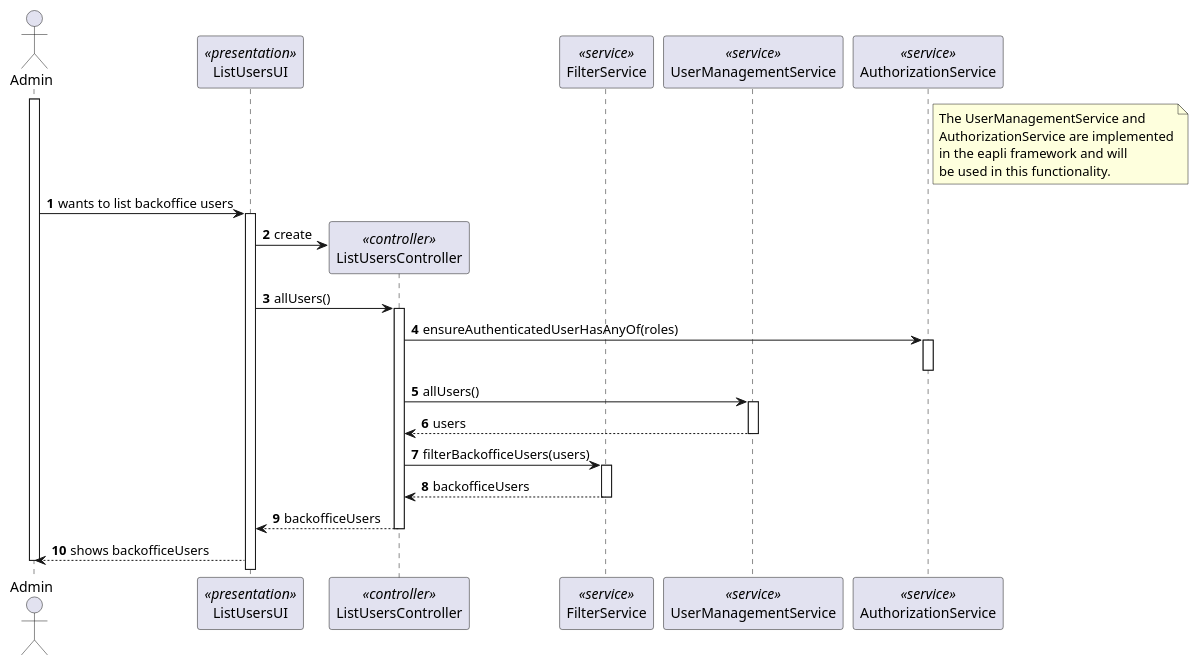
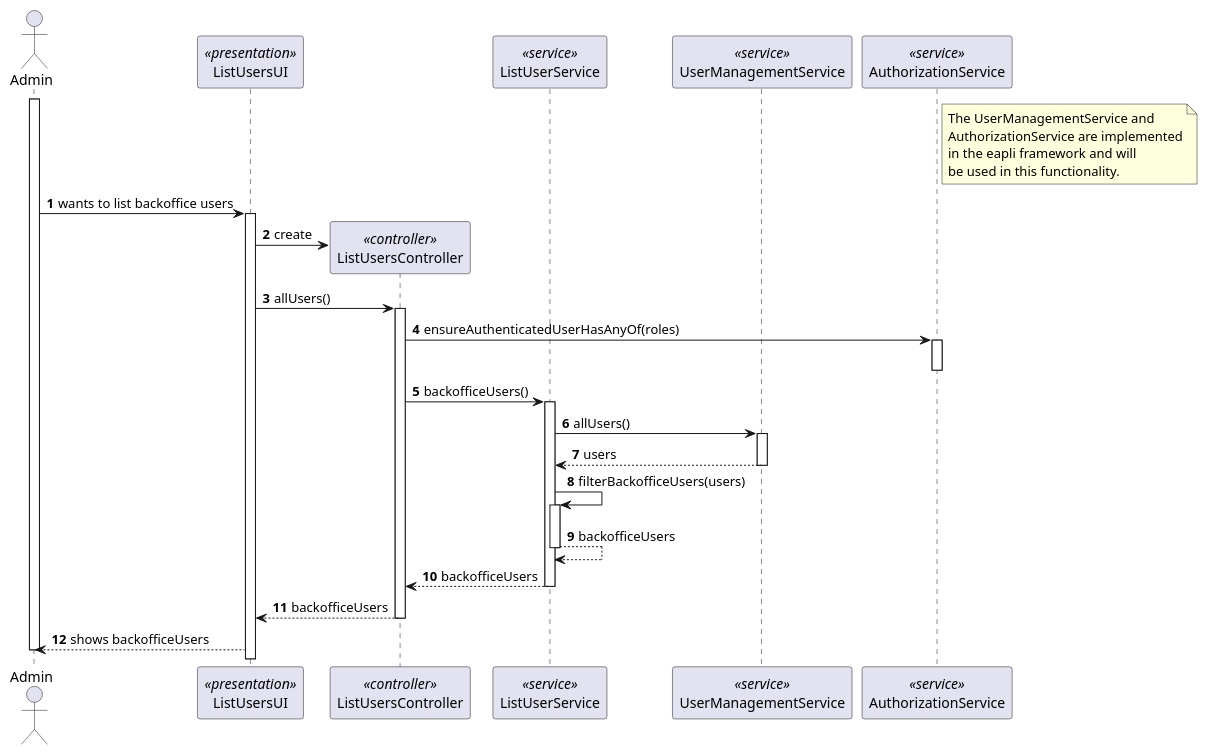
The diagram in docs/sb_us_1000/sequence-diagram-list-user.puml (rita-barbosa/LAPR4-2324), drawn with PlantUML before and after one commit. The commit also changed 5 other files, not shown here.

Commit message:
docs: updates us_1000 sequence and class diagrams. [#83]

```diff
--- a/docs/sb_us_1000/sequence-diagram-list-user.puml
+++ b/docs/sb_us_1000/sequence-diagram-list-user.puml
@@ -1,58 +1,66 @@
 @startuml
 autonumber
 
 
 actor "Admin" as AD
 
 participant "ListUsersUI" as UI <<presentation>>
 participant "ListUsersController" as CTRL <<controller>>
-participant "FilterService" as FS <<service>>
+participant "ListUserService" as FS <<service>>
 participant "UserManagementService" as UMS <<service>>
 participant "AuthorizationService" as AUTHZ <<service>>
 
 note right AUTHZ
 The UserManagementService and
 AuthorizationService are implemented
 in the eapli framework and will
 be used in this functionality.
 end note
 
 
 activate AD
 
 AD -> UI : wants to list backoffice users
 activate UI
 
 UI -> CTRL**: create
 
 
 
 UI ->   CTRL: allUsers()
 activate CTRL
 
 CTRL -> AUTHZ:  ensureAuthenticatedUserHasAnyOf(roles)
 activate AUTHZ
 deactivate AUTHZ
 
 
-CTRL -> UMS: allUsers()
+CTRL -> FS: backofficeUsers()
+activate FS
+
+
+FS -> UMS: allUsers()
 activate UMS
 
-UMS --> CTRL: users
+UMS --> FS: users
 deactivate UMS
 
-CTRL -> FS: filterBackofficeUsers(users)
+FS -> FS: filterBackofficeUsers(users)
 activate FS
+
+FS --> FS: backofficeUsers
+deactivate FS
+
 
 FS --> CTRL: backofficeUsers
 deactivate FS
 
 
 CTRL --> UI: backofficeUsers
 deactivate CTRL
 
 UI --> AD: shows backofficeUsers
 
 deactivate AD
 
 @enduml
```
